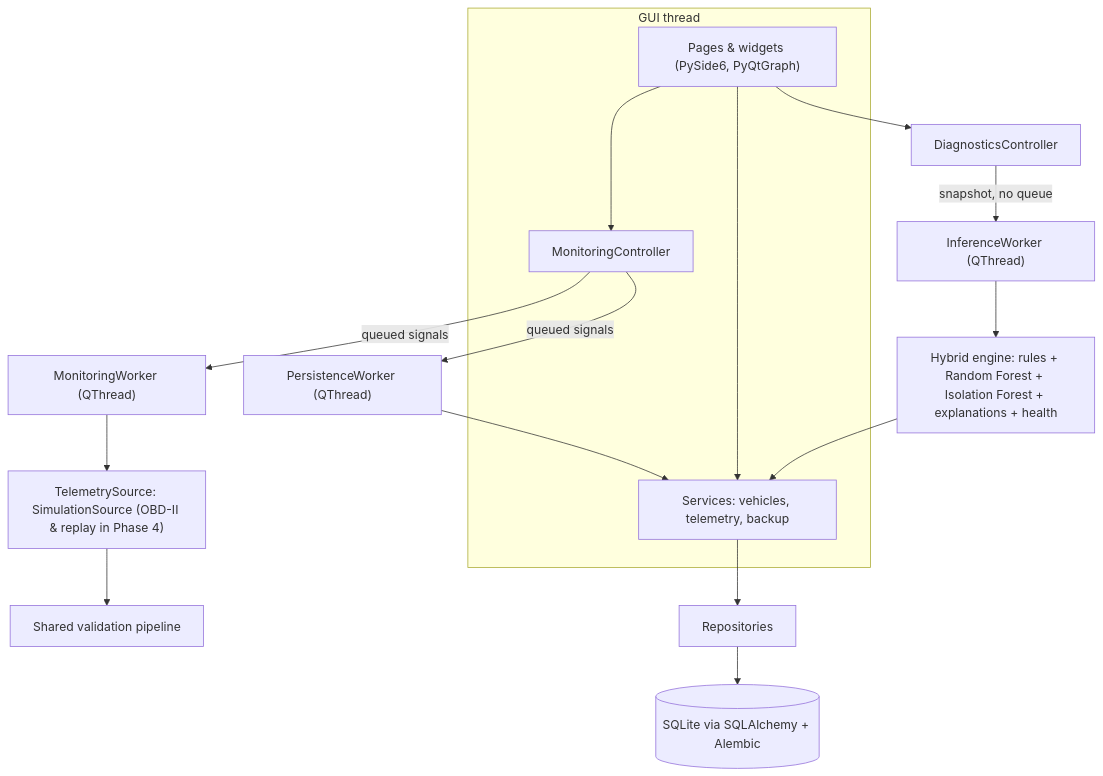
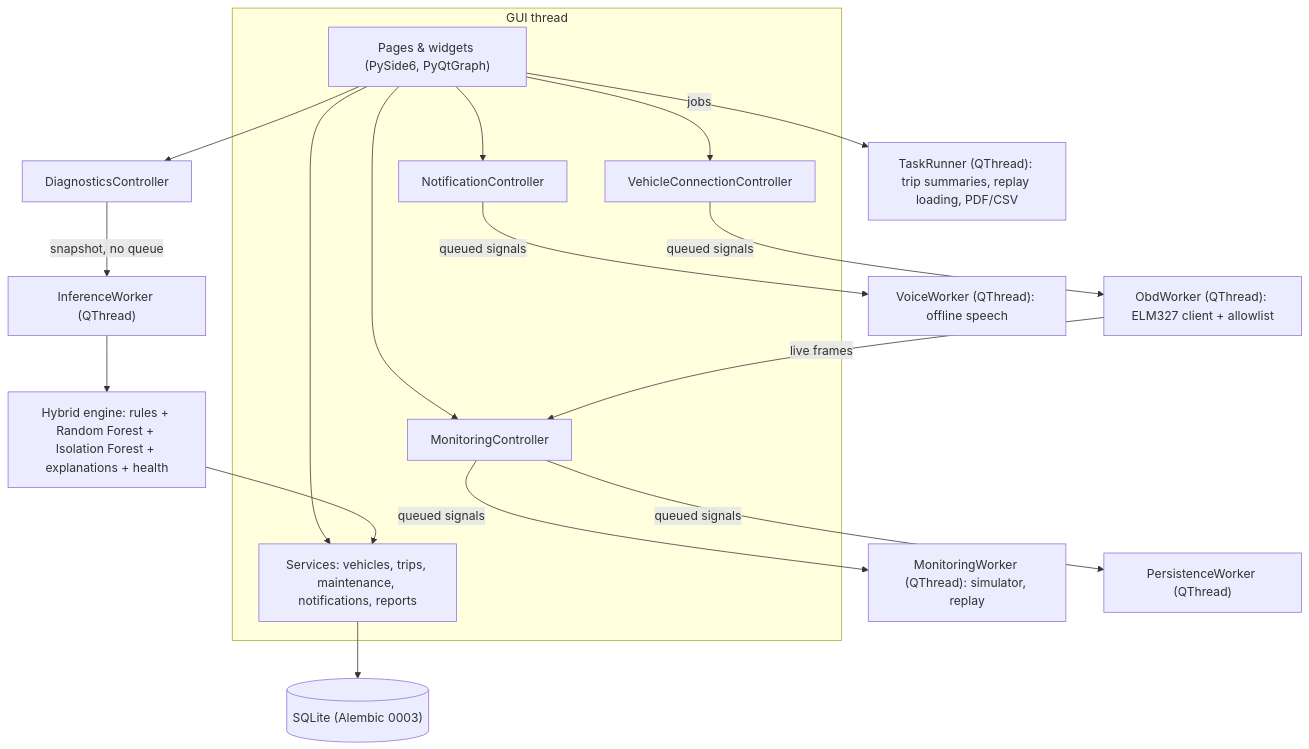
One commit to Hiranya-Bandara/SmartDrive-Guardian-AI changed the diagram in README.md. Above: the diagram before and after it, drawn with Mermaid. The commit also changed other lines of this file and 144 other files, not shown here.

Commit message:
feat: implement vehicle integration, trip management, maintenance, reporting and notifications

````diff
--- a/README.md
+++ b/README.md
@@ -148,17 +185,20 @@
 ```mermaid
 flowchart TB
     subgraph GUI thread
       UI["Pages & widgets (PySide6, PyQtGraph)"] --> MC["MonitoringController"]
-      UI --> SVC["Services: vehicles, telemetry, backup"]
+      UI --> SVC["Services: vehicles, trips, maintenance, notifications, reports"]
+      UI --> VC["VehicleConnectionController"]
+      UI --> NC["NotificationController"]
     end
-    MC -- "queued signals" --> MW["MonitoringWorker (QThread)"]
+    MC -- "queued signals" --> MW["MonitoringWorker (QThread): simulator, replay"]
     MC -- "queued signals" --> PW["PersistenceWorker (QThread)"]
+    VC -- "queued signals" --> OW["ObdWorker (QThread): ELM327 client + allowlist"]
+    OW -- "live frames" --> MC
     UI --> DC["DiagnosticsController"]
     DC -- "snapshot, no queue" --> IW["InferenceWorker (QThread)"]
     IW --> ENG["Hybrid engine: rules + Random Forest + Isolation Forest + explanations + health"]
+    UI -- "jobs" --> TR["TaskRunner (QThread): trip summaries, replay loading, PDF/CSV"]
+    NC -- "queued signals" --> VW["VoiceWorker (QThread): offline speech"]
     ENG --> SVC
-    MW --> SRC["TelemetrySource: SimulationSource (OBD-II & replay in Phase 4)"]
-    SRC --> VAL["Shared validation pipeline"]
-    PW --> SVC
-    SVC --> REPO["Repositories"] --> DB[("SQLite via SQLAlchemy + Alembic")]
+    SVC --> DB[("SQLite (Alembic 0003)")]
 ```
````
